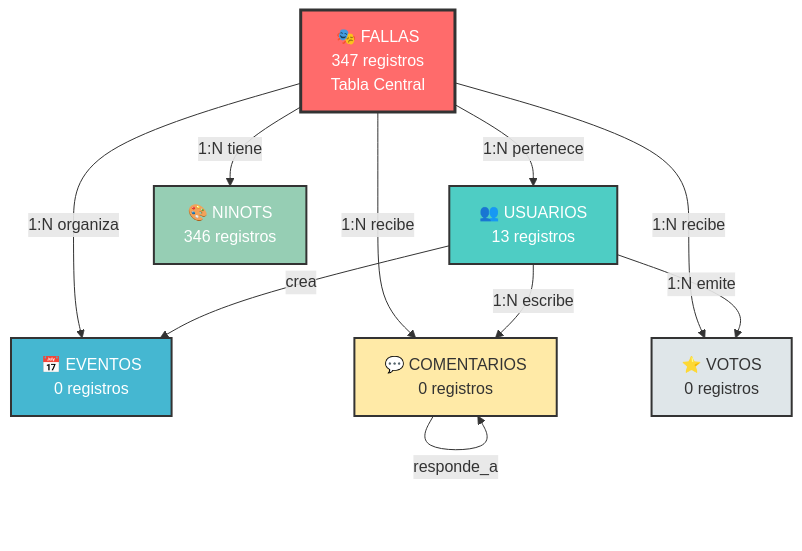
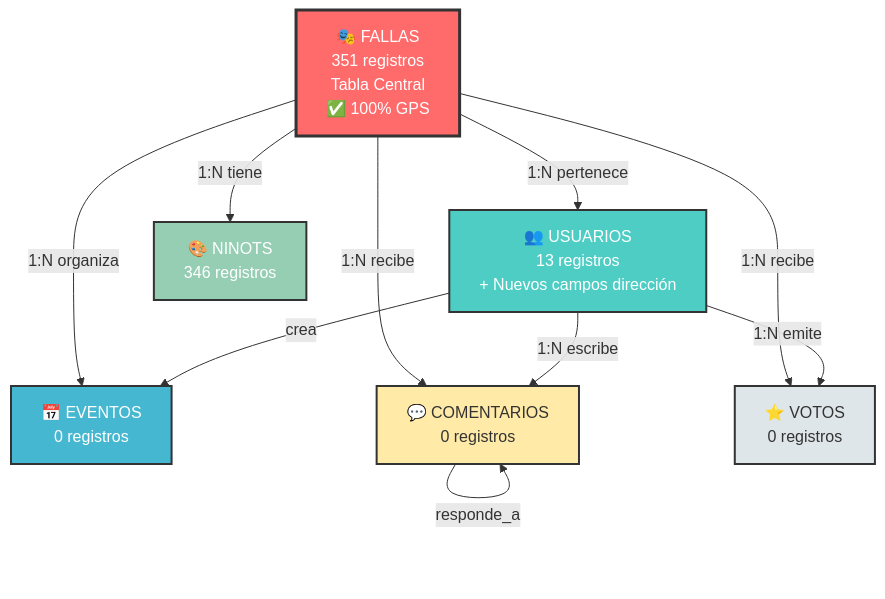
Before and after one commit to danrodgue/FallApp: the second of 2 diagrams in 04.docs/DB.SCHEMA.md, drawn with Mermaid. The commit also changed other lines of this file and 9 other files, not shown here.

````diff
--- a/04.docs/DB.SCHEMA.md
+++ b/04.docs/DB.SCHEMA.md
@@ -156,28 +188,28 @@
 ```mermaid
 graph TB
-    F[🎭 FALLAS<br/>347 registros<br/>Tabla Central]
-    U[👥 USUARIOS<br/>13 registros]
+    F[🎭 FALLAS<br/>351 registros<br/>Tabla Central<br/>✅ 100% GPS]
+    U[👥 USUARIOS<br/>13 registros<br/>+ Nuevos campos dirección]
     E[📅 EVENTOS<br/>0 registros]
     N[🎨 NINOTS<br/>346 registros]
     C[💬 COMENTARIOS<br/>0 registros]
     V[⭐ VOTOS<br/>0 registros]
     
     F -->|1:N pertenece| U
     F -->|1:N organiza| E
     F -->|1:N tiene| N
     F -->|1:N recibe| C
     F -->|1:N recibe| V
     
     U -->|1:N emite| V
     U -->|1:N escribe| C
     U -->|crea| E
     
     C -->|responde_a| C
     
     style F fill:#ff6b6b,stroke:#333,stroke-width:3px,color:#fff
     style U fill:#4ecdc4,stroke:#333,stroke-width:2px,color:#fff
     style E fill:#45b7d1,stroke:#333,stroke-width:2px,color:#fff
     style N fill:#96ceb4,stroke:#333,stroke-width:2px,color:#fff
     style C fill:#ffeaa7,stroke:#333,stroke-width:2px,color:#333
     style V fill:#dfe6e9,stroke:#333,stroke-width:2px,color:#333
 ```
````
